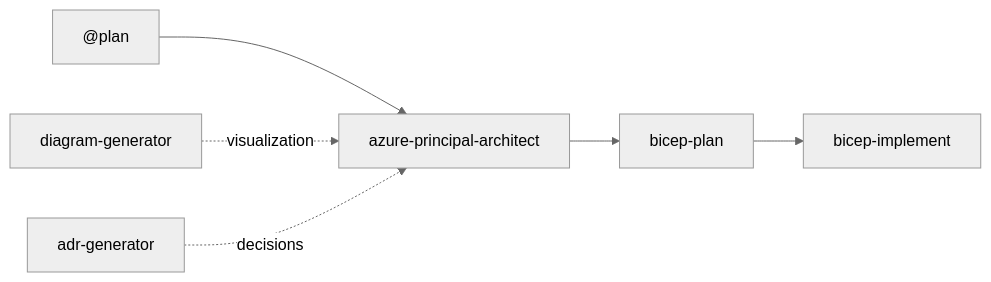
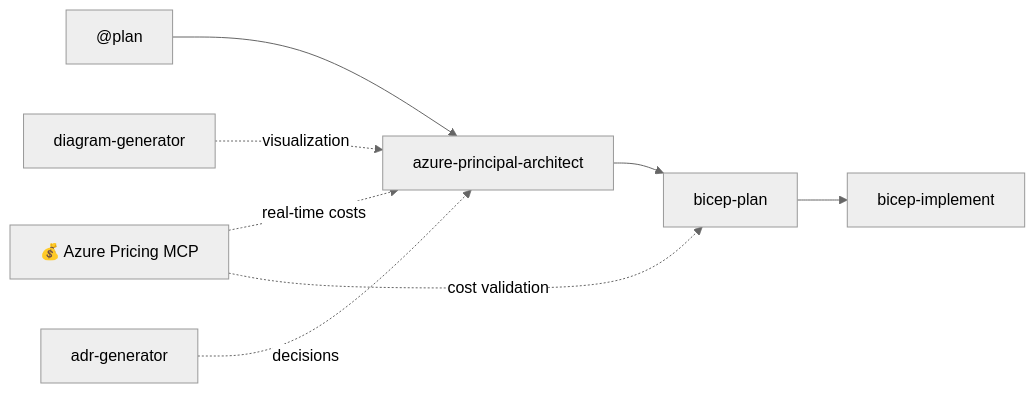
Before and after one commit to jonathan-vella/apex-accelerator: the first of 3 diagrams in .github/copilot-instructions.md, drawn with Mermaid. The commit also changed other lines of this file and 6 other files, not shown here.

````diff
--- a/.github/copilot-instructions.md
+++ b/.github/copilot-instructions.md
@@ -41,9 +95,11 @@
 ```mermaid
 %%{init: {'theme':'neutral'}}%%
 graph LR
     P["@plan"] --> A[azure-principal-architect]
     A --> B[bicep-plan]
     B --> I[bicep-implement]
+    MCP["💰 Azure Pricing MCP"] -.->|real-time costs| A
+    MCP -.->|cost validation| B
     D[diagram-generator] -.->|visualization| A
     ADR[adr-generator] -.->|decisions| A
 ```
````
